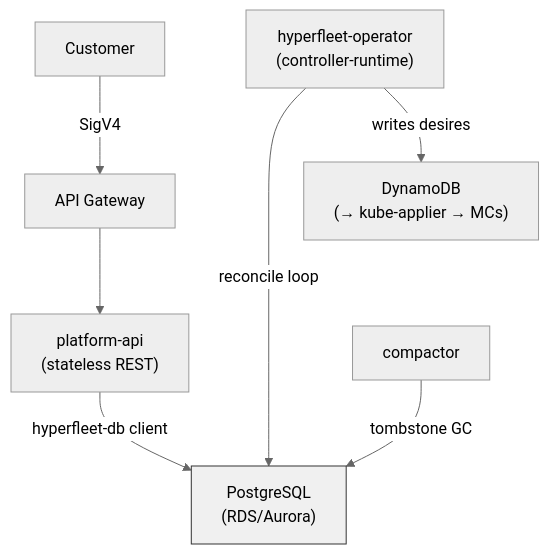
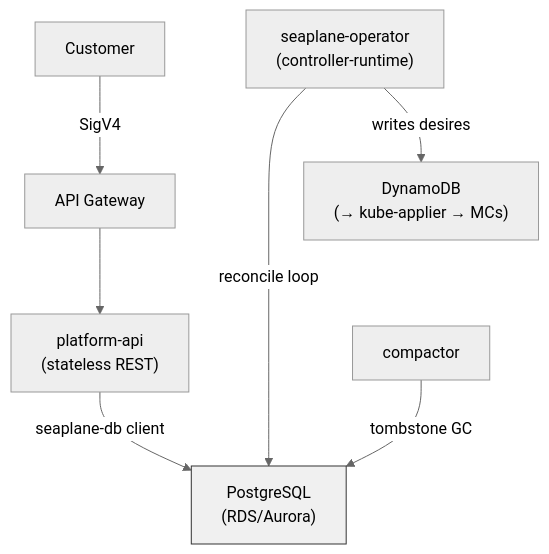
The diagram in docs/design/regional-control-plane-architecture.md (Alcamech/rosa-hyperfleet), drawn with Mermaid (neutral theme) before and after one commit. The commit also changed other lines of this file and 148 other files, not shown here.

````diff
--- a/docs/design/regional-control-plane-architecture.md
+++ b/docs/design/regional-control-plane-architecture.md
@@ -24,14 +24,14 @@
 ```mermaid
 graph TD
     Customer["Customer"] -->|SigV4| APIGW["API Gateway"]
     APIGW --> PlatformAPI["platform-api\n(stateless REST)"]
-    PlatformAPI -->|hyperfleet-db client| PG["PostgreSQL\n(RDS/Aurora)"]
+    PlatformAPI -->|seaplane-db client| PG["PostgreSQL\n(RDS/Aurora)"]
 
-    Operator["hyperfleet-operator\n(controller-runtime)"] -->|reconcile loop| PG
+    Operator["seaplane-operator\n(controller-runtime)"] -->|reconcile loop| PG
     Operator -->|writes desires| DynamoDB["DynamoDB\n(→ kube-applier → MCs)"]
     Compactor["compactor"] -->|tombstone GC| PG
 
     DynamoDB ~~~ Compactor
 
     style PG fill:#f0f0f0,stroke:#333
 ```
````
